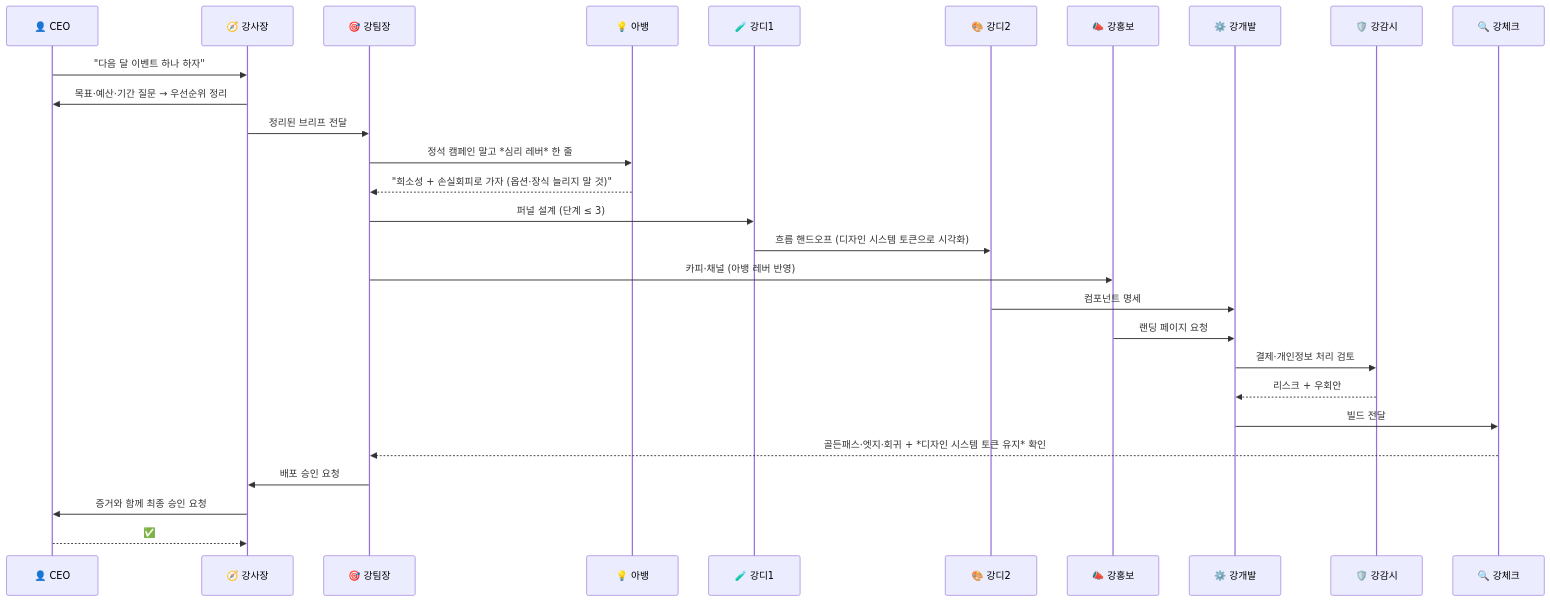
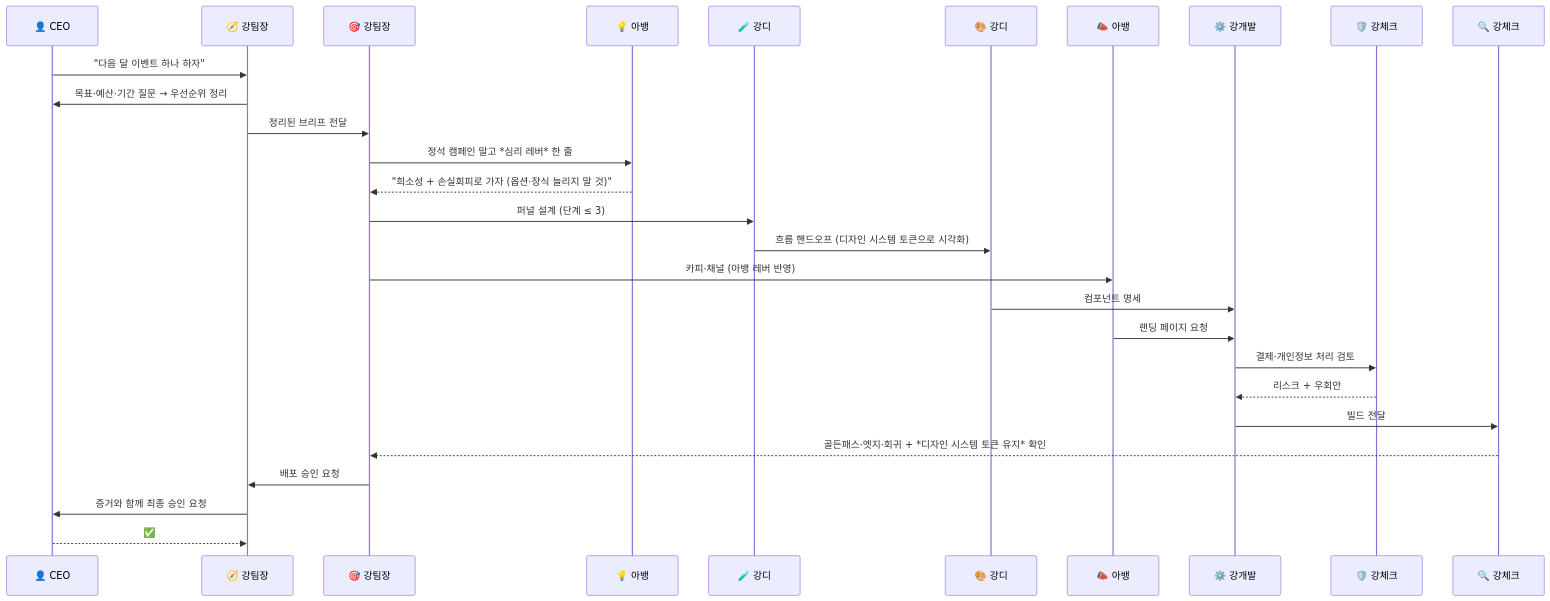
Before and after one commit to 1215kkm/Ai_Team: the second of 2 diagrams in docs/role-architecture.md, drawn with Mermaid. The commit also changed other lines of this file and 28 other files, not shown here.

First line of the commit message:
feat: consolidate 9 agents → 5 (강팀장·강디·강개발·강체크·아뱅)

````diff
--- a/docs/role-architecture.md
+++ b/docs/role-architecture.md
@@ -171,31 +173,31 @@
 ```mermaid
 sequenceDiagram
     participant U as 👤 CEO
-    participant S as 🧭 강사장
+    participant S as 🧭 강팀장
     participant P as 🎯 강팀장
     participant B as 💡 아뱅
-    participant D1 as 🧪 강디1
-    participant D2 as 🎨 강디2
-    participant H as 📣 강홍보
+    participant D1 as 🧪 강디
+    participant D2 as 🎨 강디
+    participant H as 📣 아뱅
     participant DV as ⚙️ 강개발
-    participant SC as 🛡️ 강감시
+    participant SC as 🛡️ 강체크
     participant Q as 🔍 강체크
 
     U->>S: "다음 달 이벤트 하나 하자"
     S->>U: 목표·예산·기간 질문 → 우선순위 정리
     S->>P: 정리된 브리프 전달
     P->>B: 정석 캠페인 말고 *심리 레버* 한 줄
     B-->>P: "희소성 + 손실회피로 가자 (옵션·장식 늘리지 말 것)"
     P->>D1: 퍼널 설계 (단계 ≤ 3)
     D1->>D2: 흐름 핸드오프 (디자인 시스템 토큰으로 시각화)
     P->>H: 카피·채널 (아뱅 레버 반영)
     D2->>DV: 컴포넌트 명세
     H->>DV: 랜딩 페이지 요청
     DV->>SC: 결제·개인정보 처리 검토
     SC-->>DV: 리스크 + 우회안
     DV->>Q: 빌드 전달
     Q-->>P: 골든패스·엣지·회귀 + *디자인 시스템 토큰 유지* 확인
     P->>S: 배포 승인 요청
     S->>U: 증거와 함께 최종 승인 요청
     U-->>S: ✅
 ```
````
